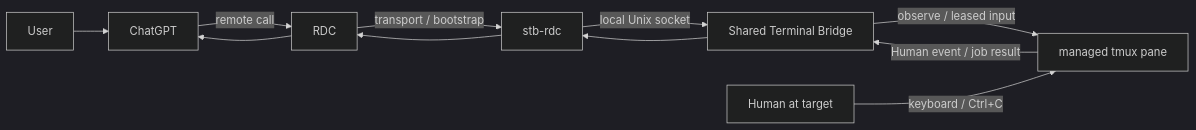
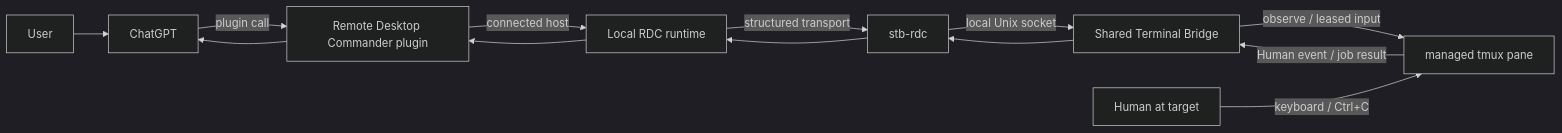
One commit to sharpbai/shared-terminal-bridge-rdc changed the diagram in README.md. Above: the diagram before and after it, drawn with Mermaid (dark theme). The commit also changed other lines of this file, not shown here.

Commit message:
docs: explain ChatGPT RDC integration

````diff
--- a/README.md
+++ b/README.md
@@ -41,11 +84,12 @@
 ```mermaid
 flowchart LR
     U[User] --> C[ChatGPT]
-    C -->|remote call| R[RDC]
-    R -->|transport / bootstrap| A[stb-rdc]
+    C -->|plugin call| P[Remote Desktop Commander plugin]
+    P -->|connected host| R[Local RDC runtime]
+    R -->|structured transport| A[stb-rdc]
     A -->|local Unix socket| S[Shared Terminal Bridge]
     S -->|observe / leased input| T[managed tmux pane]
     H[Human at target] -->|keyboard / Ctrl+C| T
     T -->|Human event / job result| S
-    S --> A --> R --> C
+    S --> A --> R --> P --> C
 ```
````
